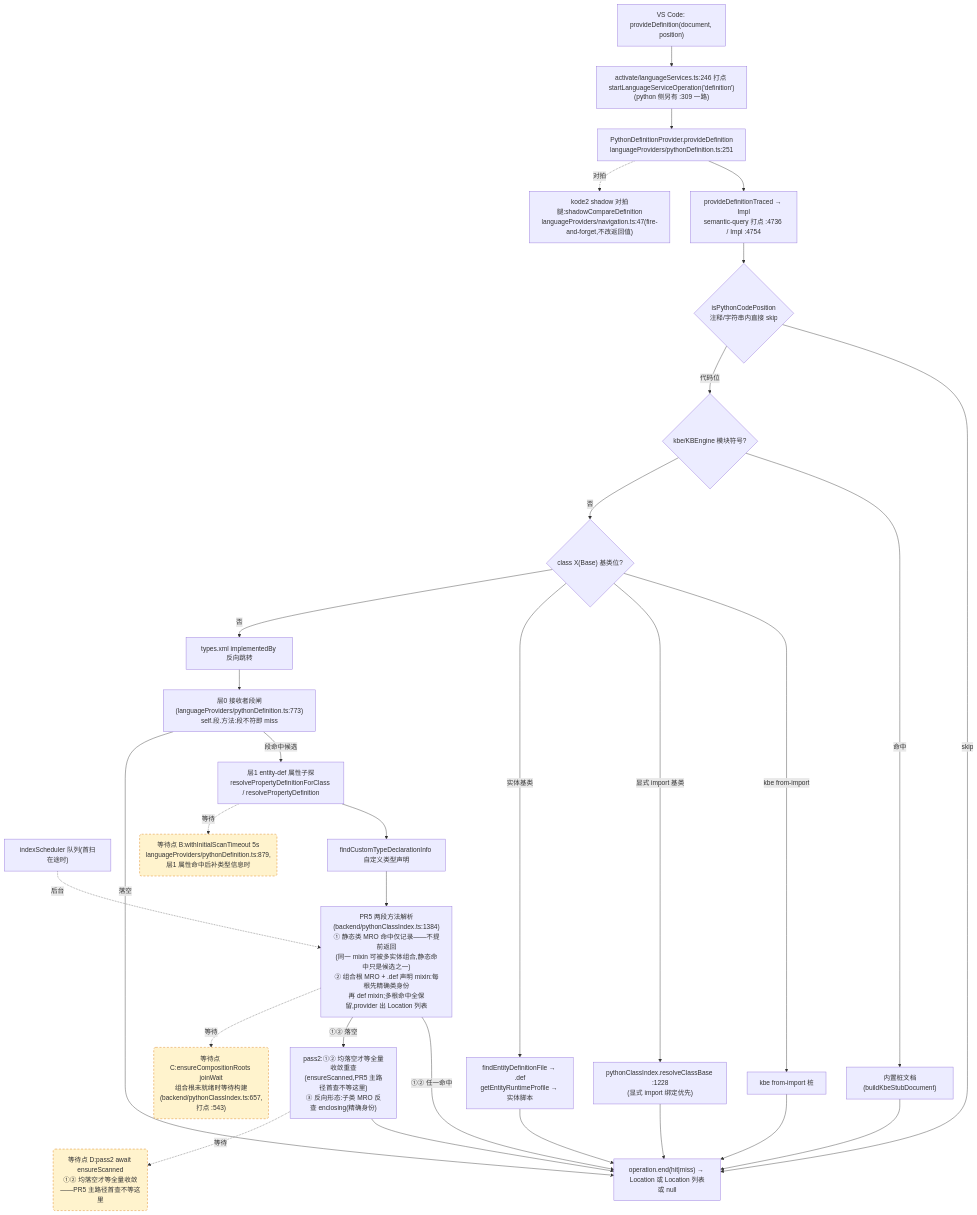
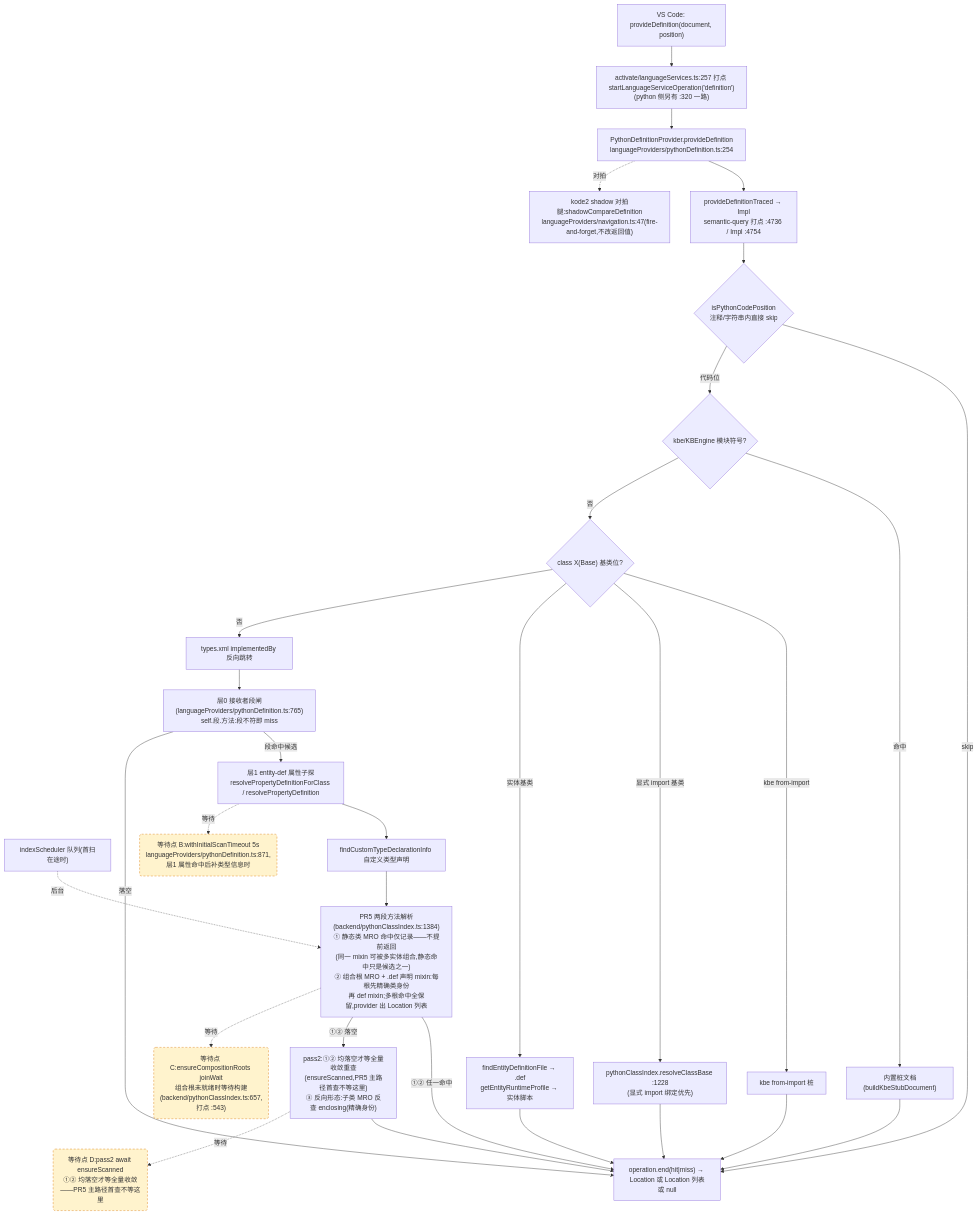
Before and after one commit to cuihairu/kode: the second of 4 diagrams in docs/perf/2026-baseline.md, drawn with Mermaid. The commit also changed other lines of this file and 19 other files, not shown here.

````diff
--- a/docs/perf/2026-baseline.md
+++ b/docs/perf/2026-baseline.md
@@ -130,51 +132,51 @@
 ```mermaid
 flowchart TD
   VC2["VS Code: provideDefinition(document, position)"]
-  M2["activate/languageServices.ts:246 打点 startLanguageServiceOperation('definition')<br/>(python 侧另有 :309 一路)"]
-  AD2["PythonDefinitionProvider.provideDefinition<br/>languageProviders/pythonDefinition.ts:251"]
+  M2["activate/languageServices.ts:257 打点 startLanguageServiceOperation('definition')<br/>(python 侧另有 :320 一路)"]
+  AD2["PythonDefinitionProvider.provideDefinition<br/>languageProviders/pythonDefinition.ts:254"]
   TR["provideDefinitionTraced → Impl<br/>semantic-query 打点 :4736 / Impl :4754"]
   CTX{"isPythonCodePosition<br/>注释/字符串内直接 skip"}
   KBE{"kbe/KBEngine 模块符号?"}
   STUB["内置桩文档(buildKbeStubDocument)"]
   CB{"class X(Base) 基类位?"}
   CB1["kbe from-import 桩"]
   CB2["pythonClassIndex.resolveClassBase :1228<br/>(显式 import 绑定优先)"]
   CB3["findEntityDefinitionFile → .def<br/>getEntityRuntimeProfile → 实体脚本"]
   REV["types.xml implementedBy 反向跳转"]
-  L0["层0 接收者段闸(languageProviders/pythonDefinition.ts:773)<br/>self.段.方法:段不符即 miss"]
+  L0["层0 接收者段闸(languageProviders/pythonDefinition.ts:765)<br/>self.段.方法:段不符即 miss"]
   L1["层1 entity-def 属性子探<br/>resolvePropertyDefinitionForClass / resolvePropertyDefinition"]
   SCAN["indexScheduler 队列(首扫在途时)"]
   TY["findCustomTypeDeclarationInfo 自定义类型声明"]
   MRO["PR5 两段方法解析(backend/pythonClassIndex.ts:1384)<br/>① 静态类 MRO 命中仅记录——不提前返回<br/>(同一 mixin 可被多实体组合,静态命中只是候选之一)<br/>② 组合根 MRO + .def 声明 mixin:每根先精确类身份<br/>再 def mixin;多根命中全保留,provider 出 Location 列表"]
   PASS2["pass2:①② 均落空才等全量收敛重查<br/>(ensureScanned,PR5 主路径首查不等这里)<br/>③ 反向形态:子类 MRO 反查 enclosing(精确身份)"]
   SHD["kode2 shadow 对拍腿:shadowCompareDefinition<br/>languageProviders/navigation.ts:47(fire-and-forget,不改返回值)"]
   END2["operation.end(hit|miss) → Location 或 Location 列表或 null"]
 
   VC2 --> M2 --> AD2 --> TR --> CTX
   CTX -- "skip" --> END2
   CTX -- "代码位" --> KBE
   KBE -- "命中" --> STUB --> END2
   KBE -- "否" --> CB
   CB -- "kbe from-import" --> CB1 --> END2
   CB -- "显式 import 基类" --> CB2 --> END2
   CB -- "实体基类" --> CB3 --> END2
   CB -- "否" --> REV --> L0
   L0 -- "段命中候选" --> L1
   L0 -- "落空" --> END2
   L1 --> TY
   TY --> MRO
   MRO -- "①② 任一命中" --> END2
   MRO -- "①② 落空" --> PASS2 --> END2
   AD2 -.->|对拍| SHD
 
-  WAITB("等待点 B:withInitialScanTimeout 5s<br/>languageProviders/pythonDefinition.ts:879,层1 属性命中后补类型信息时")
+  WAITB("等待点 B:withInitialScanTimeout 5s<br/>languageProviders/pythonDefinition.ts:871,层1 属性命中后补类型信息时")
   WAITC("等待点 C:ensureCompositionRoots joinWait<br/>组合根未就绪时等待构建(backend/pythonClassIndex.ts:657,打点 :543)")
   WAITD("等待点 D:pass2 await ensureScanned<br/>①② 均落空才等全量收敛——PR5 主路径首查不等这里")
   L1 -.->|等待| WAITB
   MRO -.->|等待| WAITC
   PASS2 -.->|等待| WAITD
   SCAN -.->|后台| MRO
 
   classDef waitPoint fill:#fff3cd,stroke:#d97706,stroke-dasharray:5 4;
   class WAITB,WAITC,WAITD waitPoint;
 ```
````
